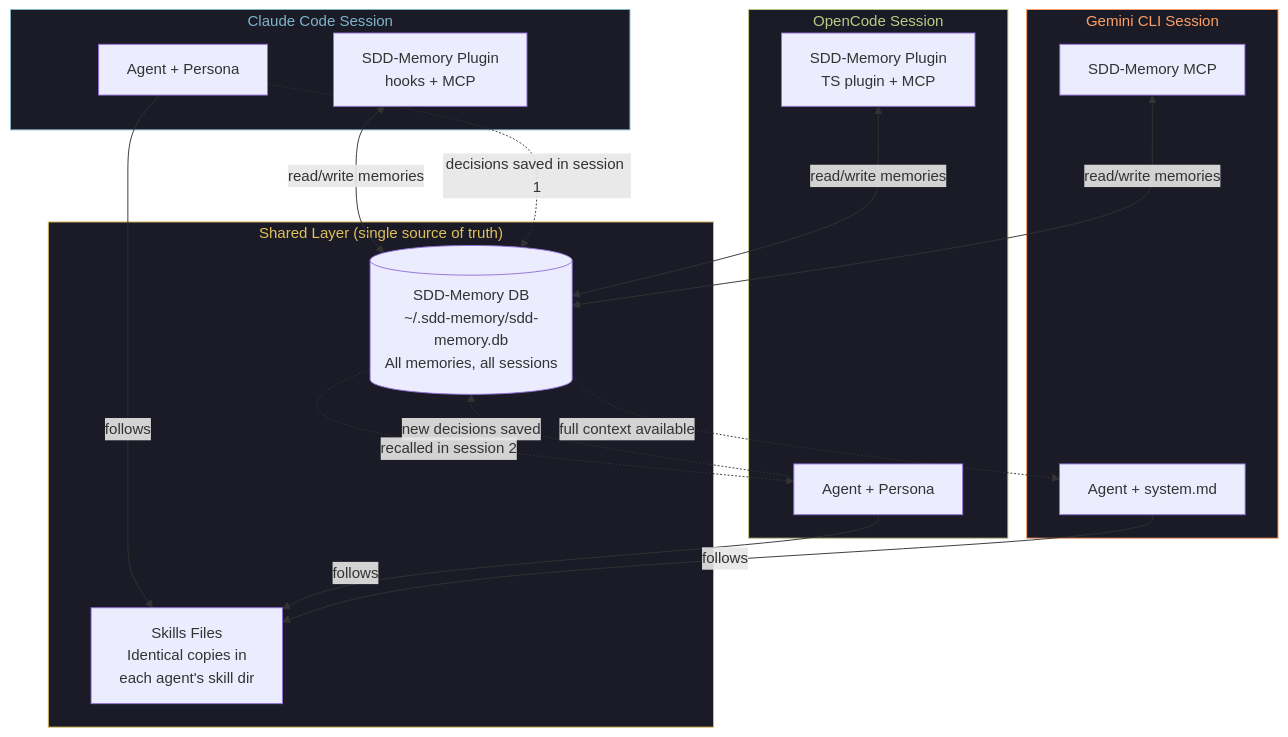
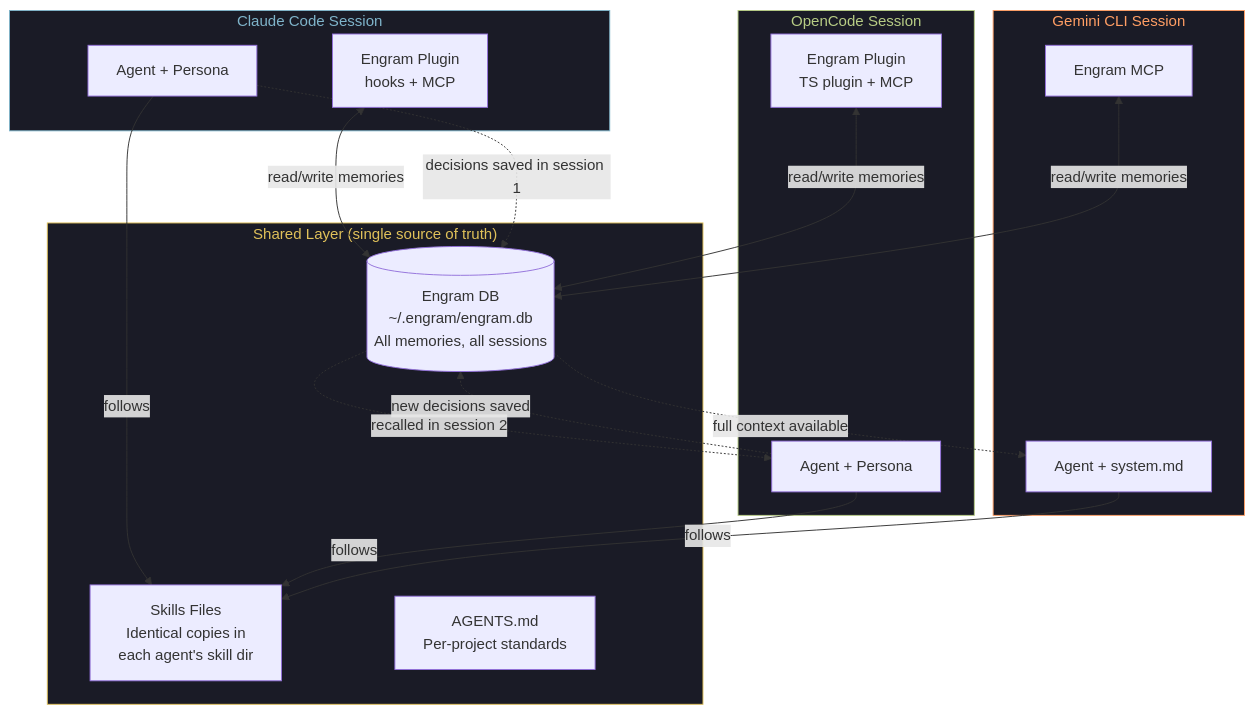
The sixth of 7 diagrams in PRD.md (KevG1t/SpecAI), drawn with Mermaid before and after one commit. The commit also changed other lines of this file and 644 other files, not shown here.

````diff
--- a/PRD.md
+++ b/PRD.md
@@ -849,40 +939,41 @@
 ```mermaid
 graph TB
     subgraph SHARED["Shared Layer (single source of truth)"]
-        SDD_MEMORY_DB[(SDD-Memory DB<br/>~/.sdd-memory/sdd-memory.db<br/>All memories, all sessions)]
+        ENGRAM_DB[(Engram DB<br/>~/.engram/engram.db<br/>All memories, all sessions)]
         SKILLS_SOURCE[Skills Files<br/>Identical copies in<br/>each agent's skill dir]
+        GGA_RULES[AGENTS.md<br/>Per-project standards]
     end
 
     subgraph AGENT_CC["Claude Code Session"]
         CC_AGENT[Agent + Persona]
-        CC_SDD_MEMORY_PLUGIN[SDD-Memory Plugin<br/>hooks + MCP]
+        CC_ENGRAM_PLUGIN[Engram Plugin<br/>hooks + MCP]
     end
 
     subgraph AGENT_OC["OpenCode Session"]
         OC_AGENT[Agent + Persona]
-        OC_SDD_MEMORY_PLUGIN[SDD-Memory Plugin<br/>TS plugin + MCP]
+        OC_ENGRAM_PLUGIN[Engram Plugin<br/>TS plugin + MCP]
     end
 
     subgraph AGENT_GEM["Gemini CLI Session"]
         GEM_AGENT[Agent + system.md]
-        GEM_SDD_MEMORY_MCP[SDD-Memory MCP]
+        GEM_ENGRAM_MCP[Engram MCP]
     end
 
-    CC_SDD_MEMORY_PLUGIN <-->|"read/write memories"| SDD_MEMORY_DB
-    OC_SDD_MEMORY_PLUGIN <-->|"read/write memories"| SDD_MEMORY_DB
-    GEM_SDD_MEMORY_MCP <-->|"read/write memories"| SDD_MEMORY_DB
+    CC_ENGRAM_PLUGIN <-->|"read/write memories"| ENGRAM_DB
+    OC_ENGRAM_PLUGIN <-->|"read/write memories"| ENGRAM_DB
+    GEM_ENGRAM_MCP <-->|"read/write memories"| ENGRAM_DB
 
     CC_AGENT -->|"follows"| SKILLS_SOURCE
     OC_AGENT -->|"follows"| SKILLS_SOURCE
     GEM_AGENT -->|"follows"| SKILLS_SOURCE
 
-    CC_AGENT -.->|"decisions saved in session 1"| SDD_MEMORY_DB
-    SDD_MEMORY_DB -.->|"recalled in session 2"| OC_AGENT
-    OC_AGENT -.->|"new decisions saved"| SDD_MEMORY_DB
-    SDD_MEMORY_DB -.->|"full context available"| GEM_AGENT
+    CC_AGENT -.->|"decisions saved in session 1"| ENGRAM_DB
+    ENGRAM_DB -.->|"recalled in session 2"| OC_AGENT
+    OC_AGENT -.->|"new decisions saved"| ENGRAM_DB
+    ENGRAM_DB -.->|"full context available"| GEM_AGENT
 
     style SHARED fill:#1a1b26,stroke:#E0C15A,color:#E0C15A
     style AGENT_CC fill:#1a1b26,stroke:#7FB4CA,color:#7FB4CA
     style AGENT_OC fill:#1a1b26,stroke:#B7CC85,color:#B7CC85
     style AGENT_GEM fill:#1a1b26,stroke:#FF9E64,color:#FF9E64
 ```
````
